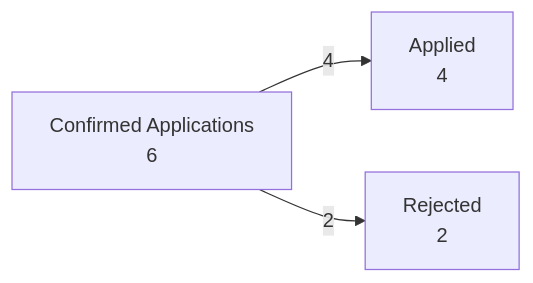
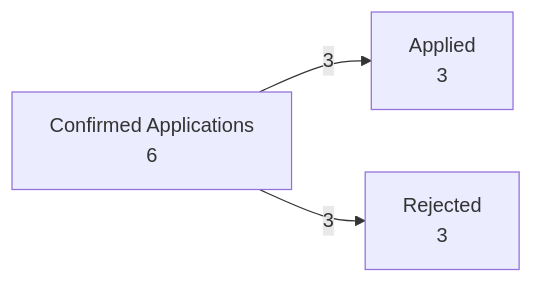
One commit to suhas-sunder/job-apps changed the diagram in Dashboard.md. Above: the diagram before and after it, drawn with Mermaid. The commit also changed other lines of this file, not shown here.

````diff
--- a/Dashboard.md
+++ b/Dashboard.md
@@ -14,5 +14,5 @@
 ```mermaid
 flowchart LR
-    S["Confirmed Applications<br/>6"] -->|4| A["Applied<br/>4"]
-    S -->|2| R["Rejected<br/>2"]
+    S["Confirmed Applications<br/>6"] -->|3| A["Applied<br/>3"]
+    S -->|3| R["Rejected<br/>3"]
 ```
````
